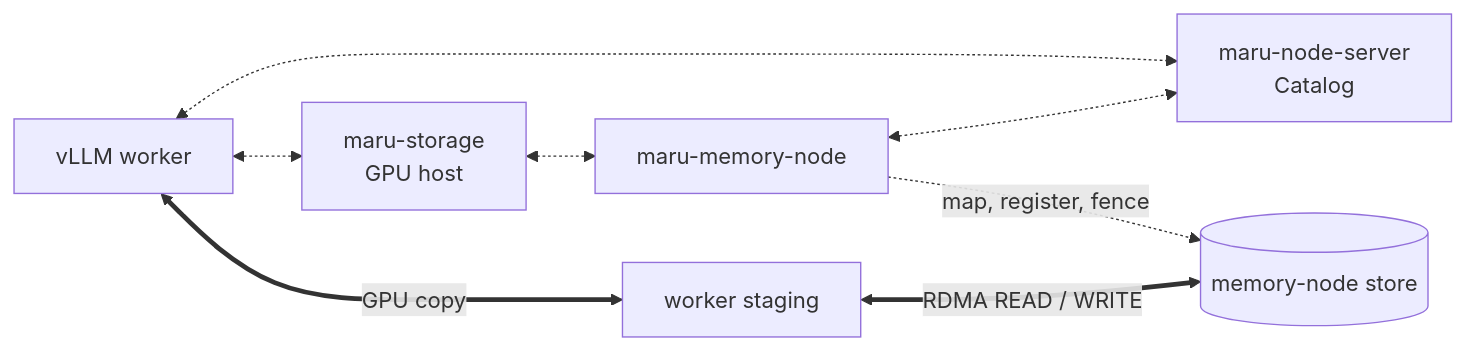
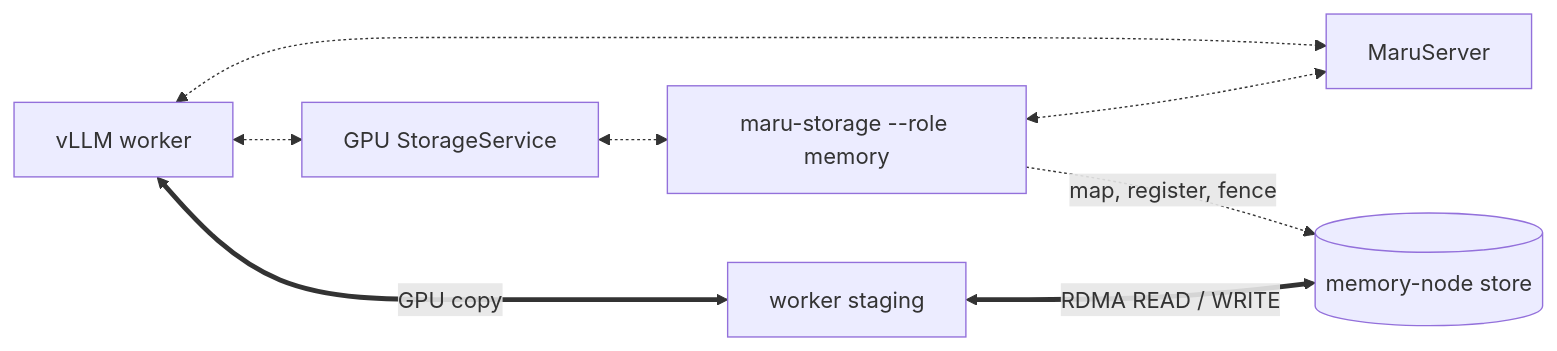
Before and after one commit to xcena-dev/maru: the diagram in README.md, drawn with Mermaid. The commit also changed other lines of this file and 38 other files, not shown here.

````diff
--- a/README.md
+++ b/README.md
@@ -23,10 +23,10 @@
 ```mermaid
 flowchart LR
-    W["vLLM worker"] <-.-> C["maru-node-server<br/>Catalog"]
-    W <-.-> G["maru-storage<br/>GPU host"]
-    G <-.-> M["maru-memory-node"]
+    W["vLLM worker"] <-.-> C["MaruServer"]
+    W <-.-> G["GPU StorageService"]
+    G <-.-> M["maru-storage --role memory"]
     M <-.-> C
     W <==>|"GPU copy"| S["worker staging"]
     S <==>|"RDMA READ / WRITE"| P[("memory-node store")]
     M -.->|"map, register, fence"| P
 ```
````
